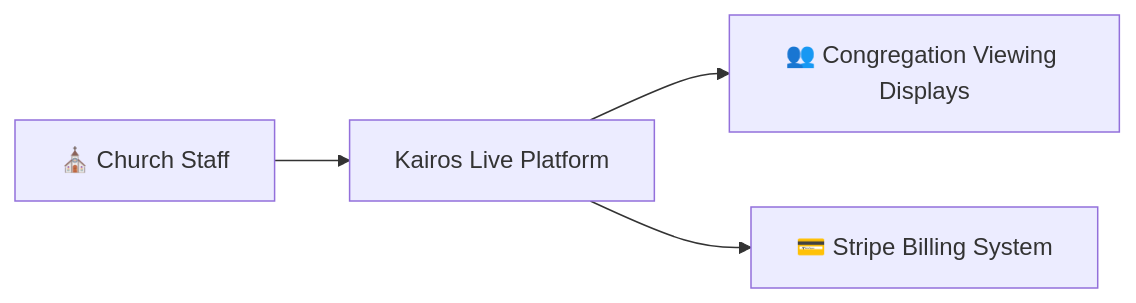
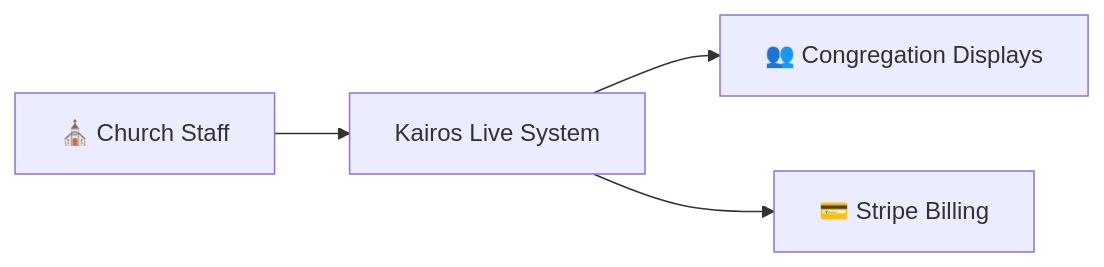
Before and after one commit to miangelisse-ux/kairoslive: the first of 9 diagrams in architecture.md, drawn with Mermaid. The commit also changed other lines of this file, not shown here.

````diff
--- a/architecture.md
+++ b/architecture.md
@@ -13,7 +13,7 @@
 ```mermaid
 flowchart LR
 
-Church[⛪ Church Staff] --> Kairos[Kairos Live Platform]
-Kairos --> Audience[👥 Congregation Viewing Displays]
-Kairos --> Stripe[💳 Stripe Billing System]
+Church[⛪ Church Staff] --> Kairos[Kairos Live System]
+Kairos --> Audience[👥 Congregation Displays]
+Kairos --> Stripe[💳 Stripe Billing]
 ```
````
